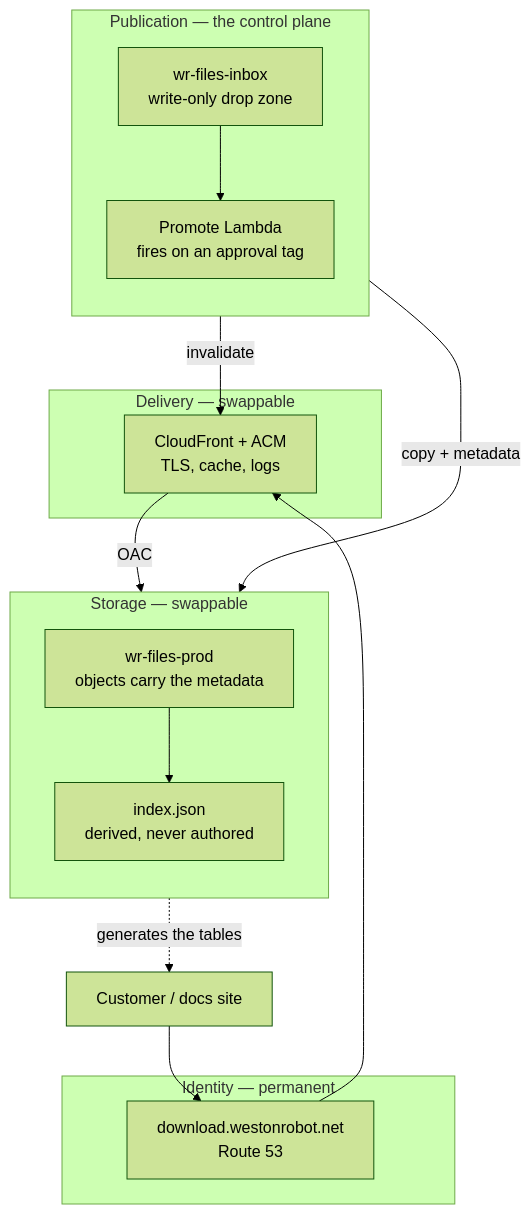
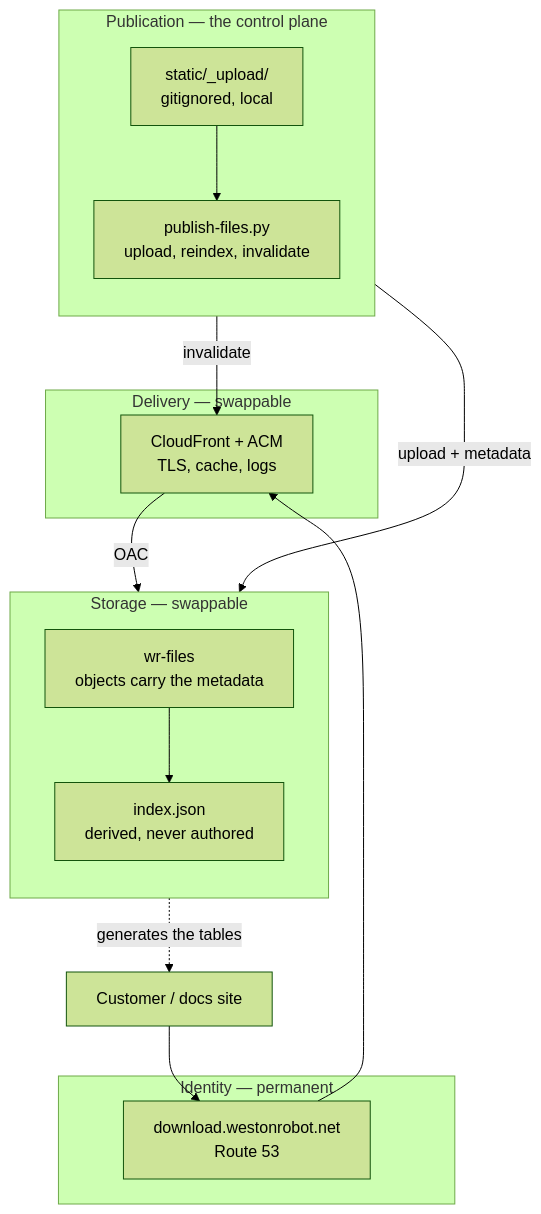
One commit to westonrobot/docs changed the diagram in docs/design/file-hosting.md. Above: the diagram before and after it, drawn with Mermaid (forest theme). The commit also changed other lines of this file and 12 other files, not shown here.

````diff
--- a/docs/design/file-hosting.md
+++ b/docs/design/file-hosting.md
@@ -23,22 +23,22 @@
 ```mermaid
 flowchart TB
   C[Customer / docs site]
   subgraph IDENT[Identity — permanent]
     DNS["download.westonrobot.net<br/>Route 53"]
   end
   subgraph DELIV[Delivery — swappable]
     CF["CloudFront + ACM<br/>TLS, cache, logs"]
   end
   subgraph STORE[Storage — swappable]
     direction TB
-    S3["wr-files-prod<br/>objects carry the metadata"] --> IDX["index.json<br/>derived, never authored"]
+    S3["wr-files<br/>objects carry the metadata"] --> IDX["index.json<br/>derived, never authored"]
   end
   subgraph PUB[Publication — the control plane]
     direction TB
-    IN["wr-files-inbox<br/>write-only drop zone"] --> LAM["Promote Lambda<br/>fires on an approval tag"]
+    UP["static/_upload/<br/>gitignored, local"] --> SC["publish-files.py<br/>upload, reindex, invalidate"]
   end
   C --> DNS --> CF -->|OAC| S3
-  LAM -->|copy + metadata| S3
-  LAM -->|invalidate| CF
+  SC -->|upload + metadata| S3
+  SC -->|invalidate| CF
   IDX -.->|generates the tables| C
 ```
````
